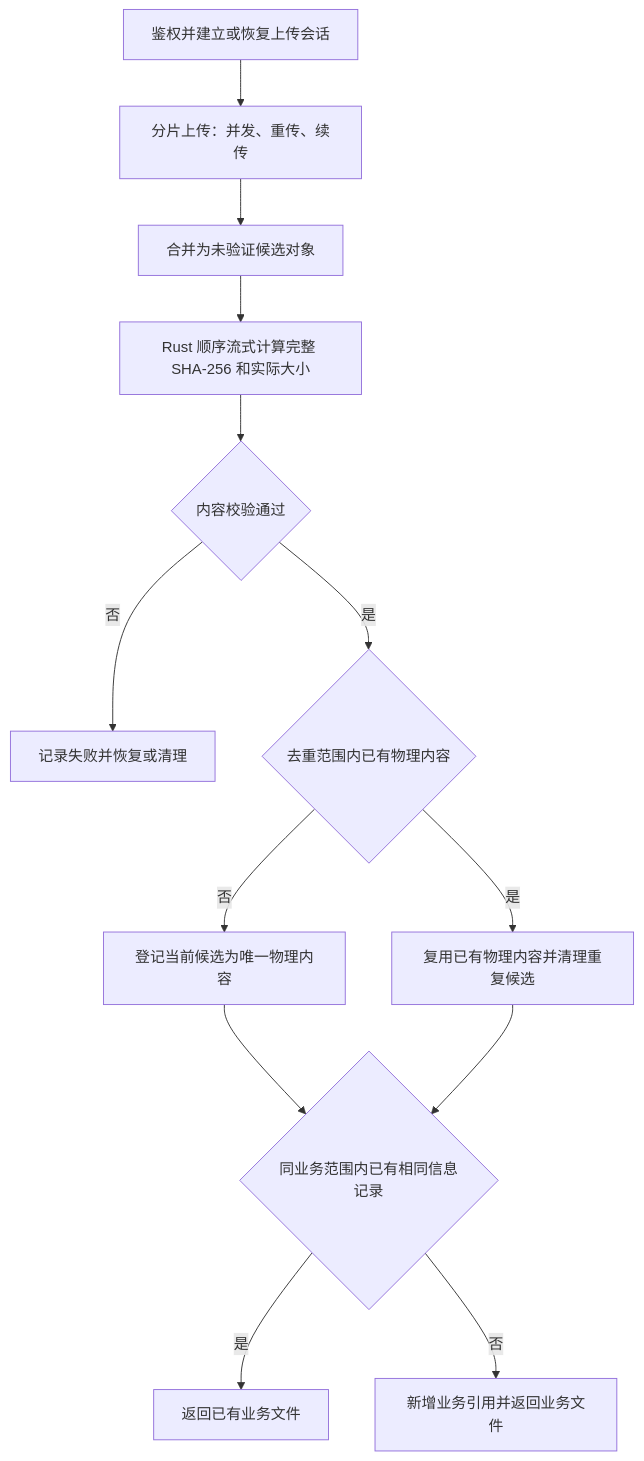
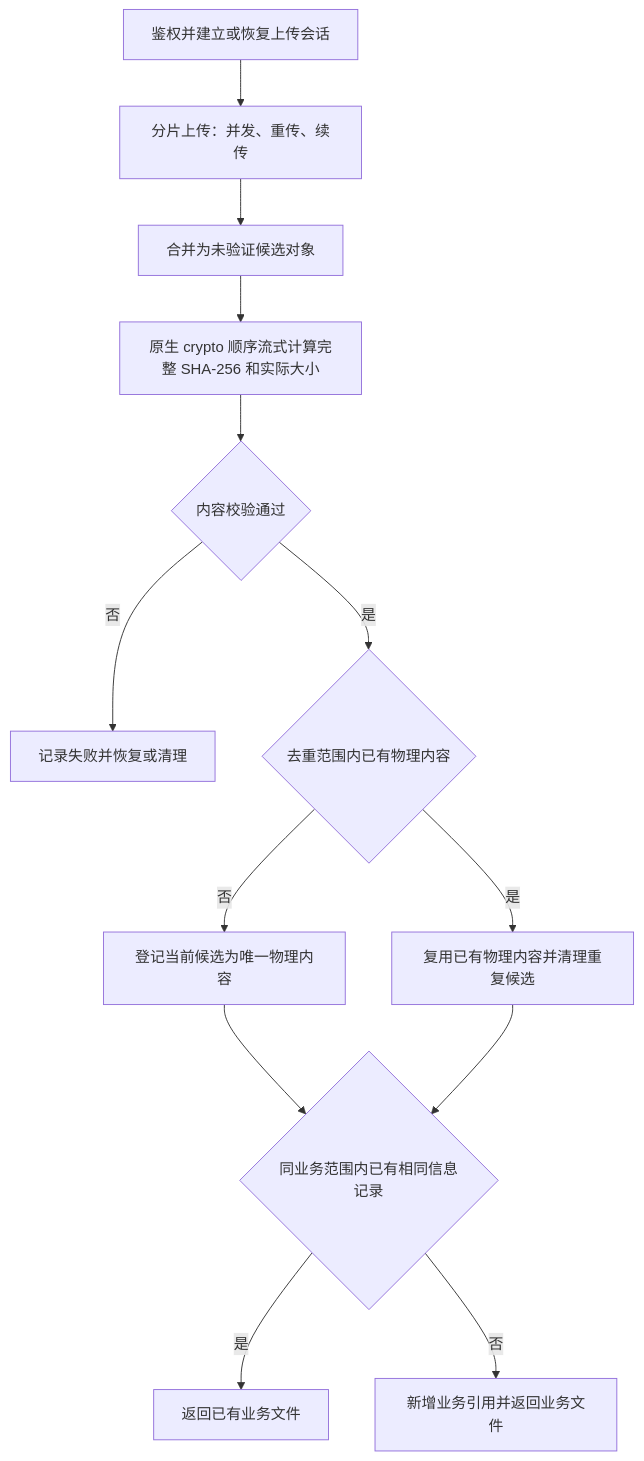
The first of 2 diagrams in packages/create-bubbles/template-vp-monorepo-react-nestjs/.spaces/02.上传与文件/上传改造/设计方案.md (bubblesplant/bubblesjs), drawn with Mermaid before and after one commit. The commit also changed other lines of this file and 238 other files, not shown here.

````diff
--- a/packages/create-bubbles/template-vp-monorepo-react-nestjs/.spaces/02.上传与文件/上传改造/设计方案.md
+++ b/packages/create-bubbles/template-vp-monorepo-react-nestjs/.spaces/02.上传与文件/上传改造/设计方案.md
@@ -31,15 +31,15 @@
 ```mermaid
 flowchart TD
     A[鉴权并建立或恢复上传会话] --> B[分片上传：并发、重传、续传]
     B --> C[合并为未验证候选对象]
-    C --> D[Rust 顺序流式计算完整 SHA-256 和实际大小]
+    C --> D[原生 crypto 顺序流式计算完整 SHA-256 和实际大小]
     D --> E{内容校验通过}
     E -- 否 --> F[记录失败并恢复或清理]
     E -- 是 --> G{去重范围内已有物理内容}
     G -- 否 --> H[登记当前候选为唯一物理内容]
     G -- 是 --> I[复用已有物理内容并清理重复候选]
     H --> J{同业务范围内已有相同信息记录}
     I --> J
     J -- 是 --> K[返回已有业务文件]
     J -- 否 --> L[新增业务引用并返回业务文件]
 ```
````
